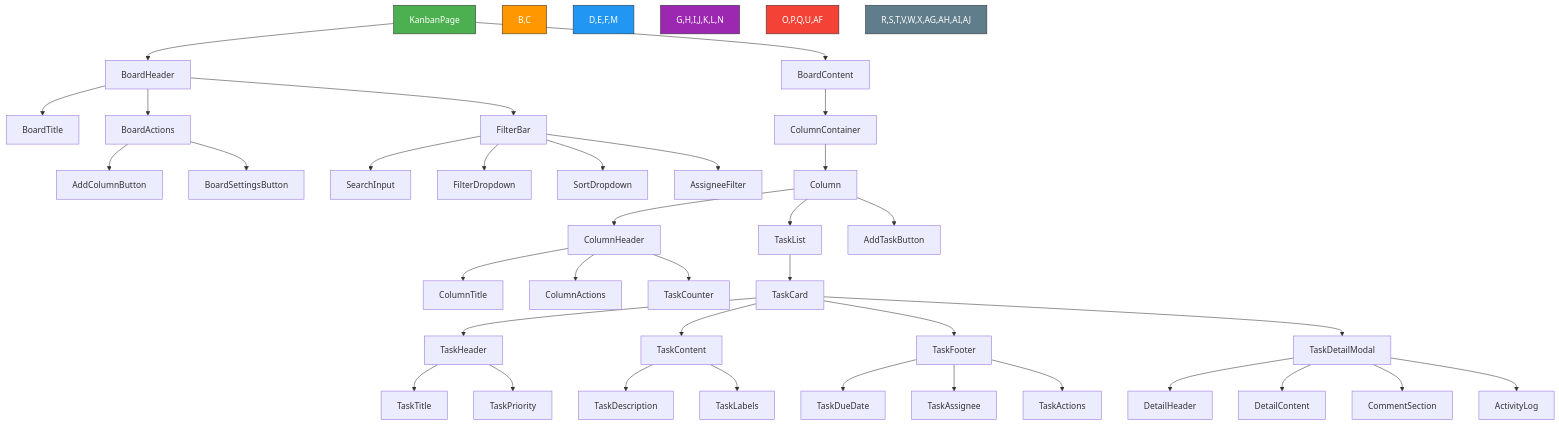
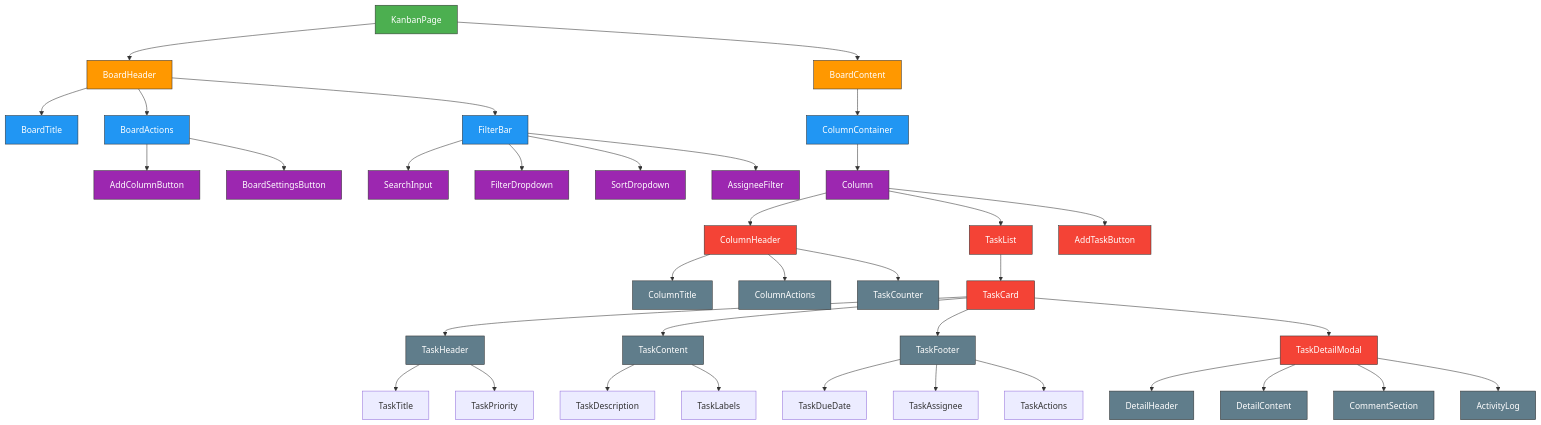
Before and after one commit to TuPhung369/Haaga_Backend_Programming: the fifth of 5 diagrams in TuPhung_Docs/docs/frontend/kanban.md, drawn with Mermaid. The commit also changed other lines of this file and 25 other files, not shown here.

````diff
--- a/TuPhung_Docs/docs/frontend/kanban.md
+++ b/TuPhung_Docs/docs/frontend/kanban.md
@@ -313,57 +313,64 @@
 ```mermaid
 flowchart TD
     A[KanbanPage] --> B[BoardHeader]
     A --> C[BoardContent]
     
     B --> D[BoardTitle]
     B --> E[BoardActions]
     B --> F[FilterBar]
     
     E --> G[AddColumnButton]
     E --> H[BoardSettingsButton]
     
     F --> I[SearchInput]
     F --> J[FilterDropdown]
     F --> K[SortDropdown]
     F --> L[AssigneeFilter]
     
     C --> M[ColumnContainer]
     M --> N[Column]
     
     N --> O[ColumnHeader]
     N --> P[TaskList]
     N --> Q[AddTaskButton]
     
     O --> R[ColumnTitle]
     O --> S[ColumnActions]
     O --> T[TaskCounter]
     
     P --> U[TaskCard]
     
     U --> V[TaskHeader]
     U --> W[TaskContent]
     U --> X[TaskFooter]
     
     V --> Y[TaskTitle]
     V --> Z[TaskPriority]
     
     W --> AA[TaskDescription]
     W --> AB[TaskLabels]
     
     X --> AC[TaskDueDate]
     X --> AD[TaskAssignee]
     X --> AE[TaskActions]
     
     U --> AF[TaskDetailModal]
     AF --> AG[DetailHeader]
     AF --> AH[DetailContent]
     AF --> AI[CommentSection]
     AF --> AJ[ActivityLog]
 
-    style A fill:#4CAF50,stroke:#333,stroke-width:1px,color:#fff
-    style B,C fill:#FF9800,stroke:#333,stroke-width:1px,color:#fff
-    style D,E,F,M fill:#2196F3,stroke:#333,stroke-width:1px,color:#fff
-    style G,H,I,J,K,L,N fill:#9C27B0,stroke:#333,stroke-width:1px,color:#fff
-    style O,P,Q,U,AF fill:#F44336,stroke:#333,stroke-width:1px,color:#fff
-    style R,S,T,V,W,X,AG,AH,AI,AJ fill:#607D8B,stroke:#333,stroke-width:1px,color:#fff
+    classDef mainContainer fill:#4CAF50,stroke:#333,stroke-width:1px,color:#fff
+    classDef primarySections fill:#FF9800,stroke:#333,stroke-width:1px,color:#fff
+    classDef secondarySections fill:#2196F3,stroke:#333,stroke-width:1px,color:#fff
+    classDef components fill:#9C27B0,stroke:#333,stroke-width:1px,color:#fff
+    classDef modals fill:#F44336,stroke:#333,stroke-width:1px,color:#fff
+    classDef subComponents fill:#607D8B,stroke:#333,stroke-width:1px,color:#fff
+    
+    class A mainContainer
+    class B,C primarySections
+    class D,E,F,M secondarySections
+    class G,H,I,J,K,L,N components
+    class O,P,Q,U,AF modals
+    class R,S,T,V,W,X,AG,AH,AI,AJ subComponents
 ```
````
